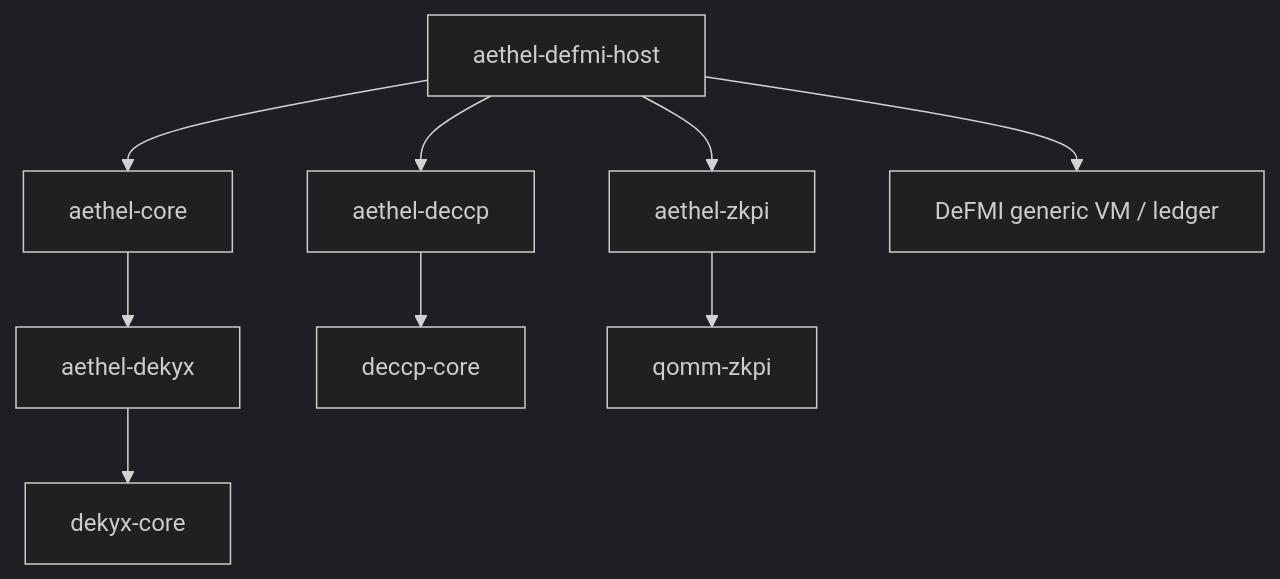
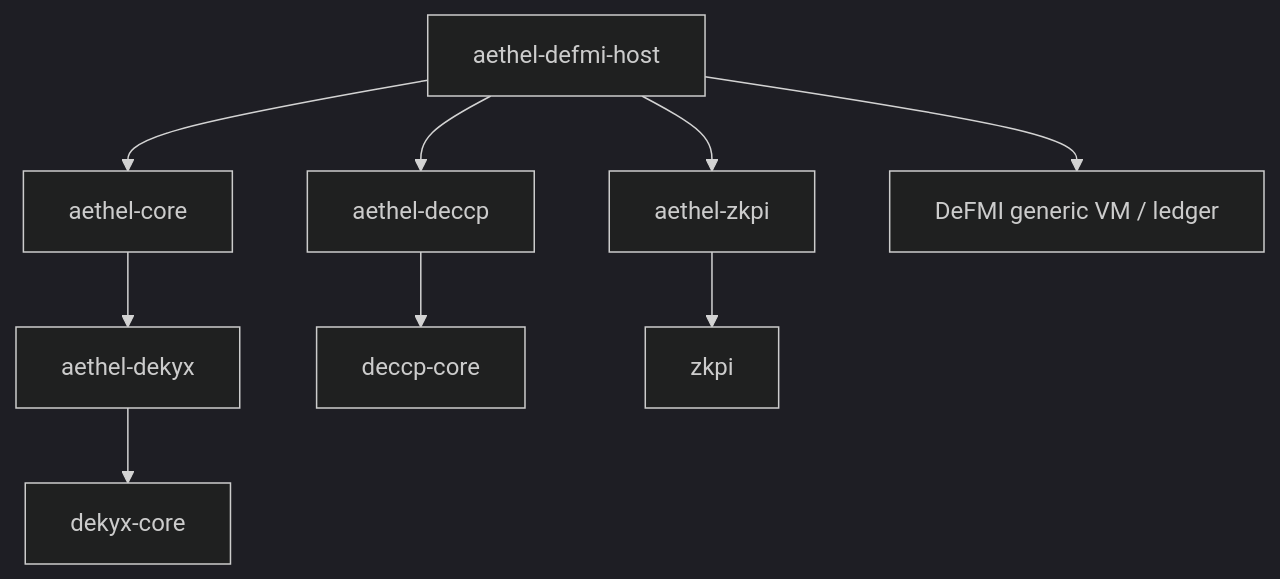
Before and after one commit to zkFMI/aethel: the second of 2 diagrams in README.md, drawn with Mermaid (dark theme). The commit also changed 17 other files, not shown here.

````diff
--- a/README.md
+++ b/README.md
@@ -128,8 +128,8 @@
 ```mermaid
 flowchart TB
     APP["aethel-defmi-host"] --> AC["aethel-core"]
     AC --> ADK["aethel-dekyx"] --> DK["dekyx-core"]
     APP --> ACCP["aethel-deccp"] --> CCP["deccp-core"]
-    APP --> AZ["aethel-zkpi"] --> Z["qomm-zkpi"]
+    APP --> AZ["aethel-zkpi"] --> Z["zkpi"]
     APP --> DF["DeFMI generic VM / ledger"]
 ```
````
